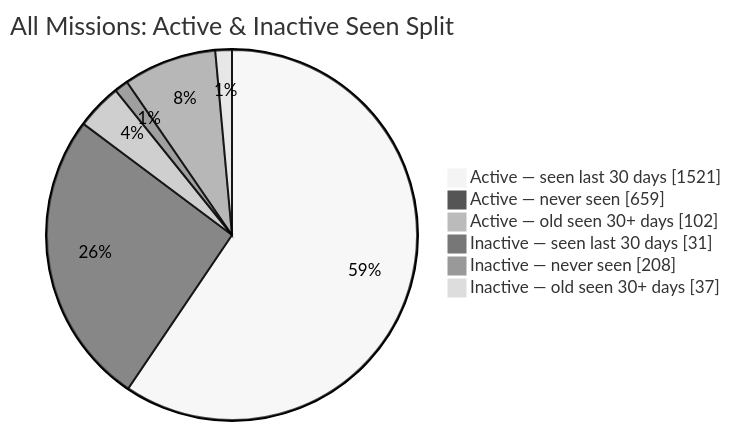
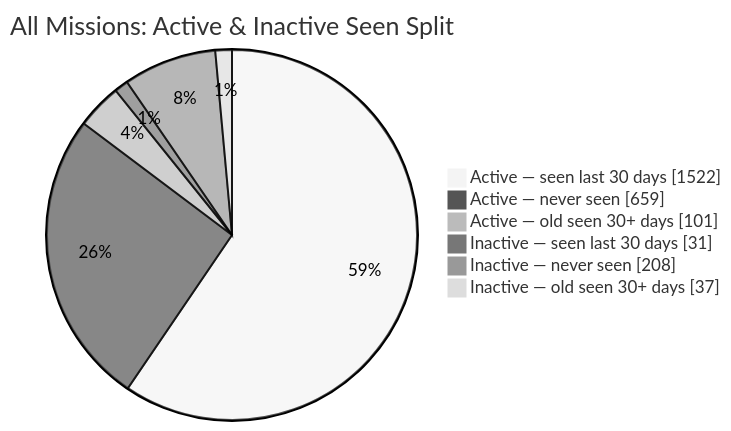
The second of 2 diagrams in README.md (MeldkamerspelGameTeam/active-missions), drawn with Mermaid (neutral theme) before and after one commit. The commit also changed other lines of this file and 2 other files, not shown here.

````diff
--- a/README.md
+++ b/README.md
@@ -44,10 +44,10 @@
 ```mermaid
 pie showData
     title All Missions: Active & Inactive Seen Split
-    "Active — seen last 30 days" : 1521
+    "Active — seen last 30 days" : 1522
     "Active — never seen" : 659
-    "Active — old seen 30+ days" : 102
+    "Active — old seen 30+ days" : 101
     "Inactive — seen last 30 days" : 31
     "Inactive — never seen" : 208
     "Inactive — old seen 30+ days" : 37
 ```
````
